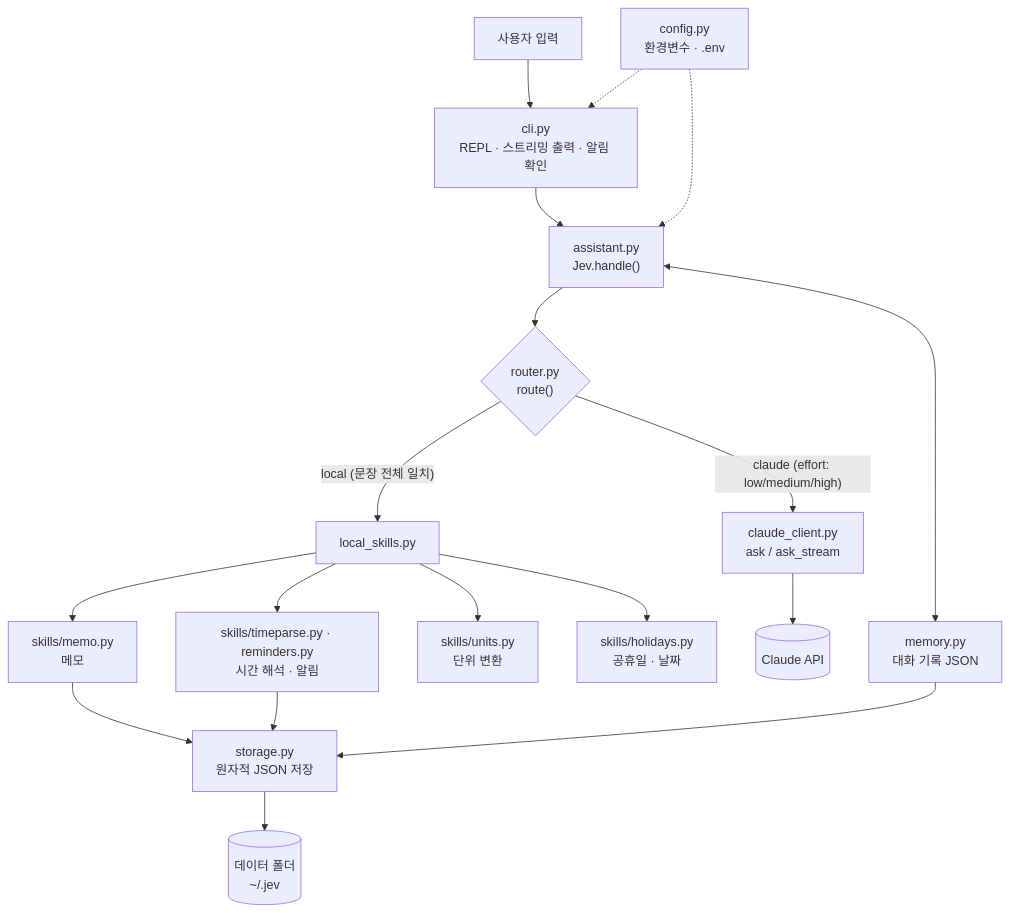
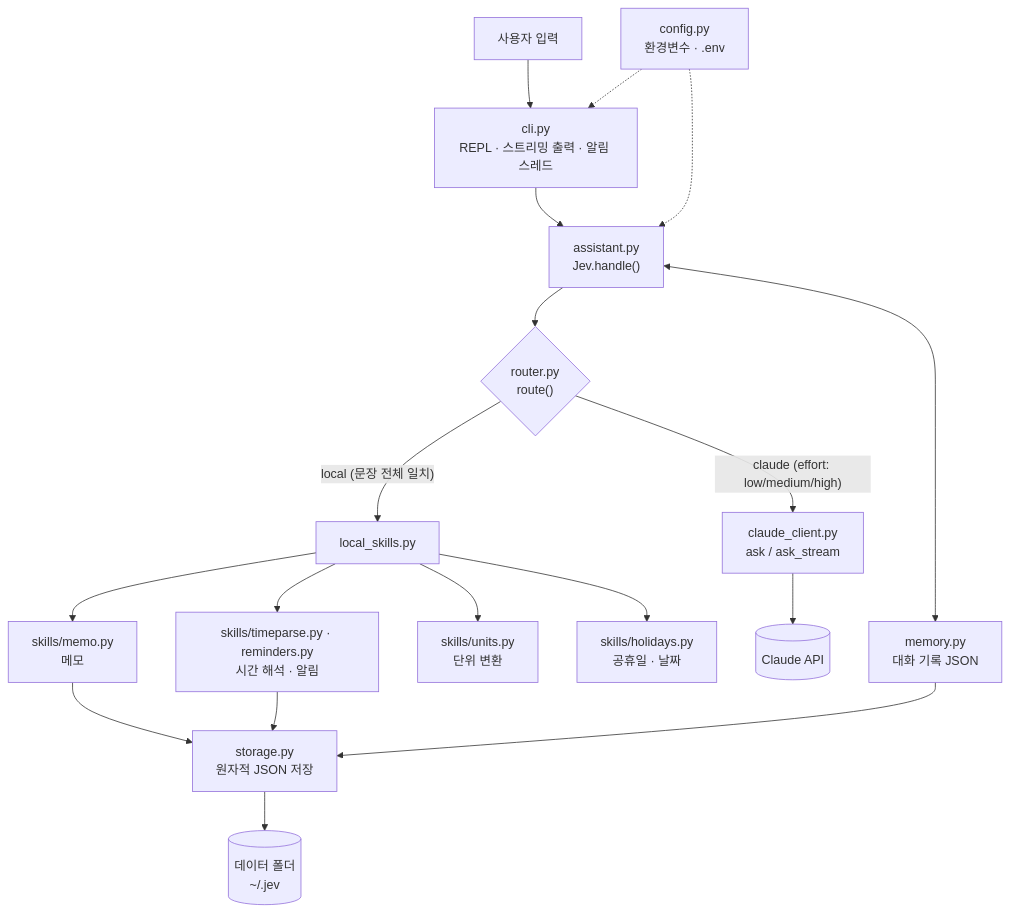
Before and after one commit to wotmdwlq33-a11y/ai-agent: the diagram in README.md, drawn with Mermaid. The commit also changed other lines of this file and 2 other files, not shown here.

First line of the commit message:
REPL 입력 대기 중에도 알림 표시 (백그라운드 스레드)

````diff
--- a/README.md
+++ b/README.md
@@ -9,18 +9,18 @@
 ```mermaid
 flowchart TD
-    U[사용자 입력] --> CLI["cli.py<br/>REPL · 스트리밍 출력 · 알림 확인"]
+    U[사용자 입력] --> CLI["cli.py<br/>REPL · 스트리밍 출력 · 알림 스레드"]
     CLI --> J["assistant.py<br/>Jev.handle()"]
     J --> R{"router.py<br/>route()"}
     R -- "local (문장 전체 일치)" --> L["local_skills.py"]
     L --> S1["skills/memo.py<br/>메모"]
     L --> S2["skills/timeparse.py · reminders.py<br/>시간 해석 · 알림"]
     L --> S3["skills/units.py<br/>단위 변환"]
     L --> S4["skills/holidays.py<br/>공휴일 · 날짜"]
     R -- "claude (effort: low/medium/high)" --> C["claude_client.py<br/>ask / ask_stream"]
     C --> API[(Claude API)]
     J <--> M["memory.py<br/>대화 기록 JSON"]
     CFG["config.py<br/>환경변수 · .env"] -.-> CLI
     CFG -.-> J
     S1 & S2 & M --> ST["storage.py<br/>원자적 JSON 저장"]
     ST --> D[("데이터 폴더<br/>~/.jev")]
 ```
````
